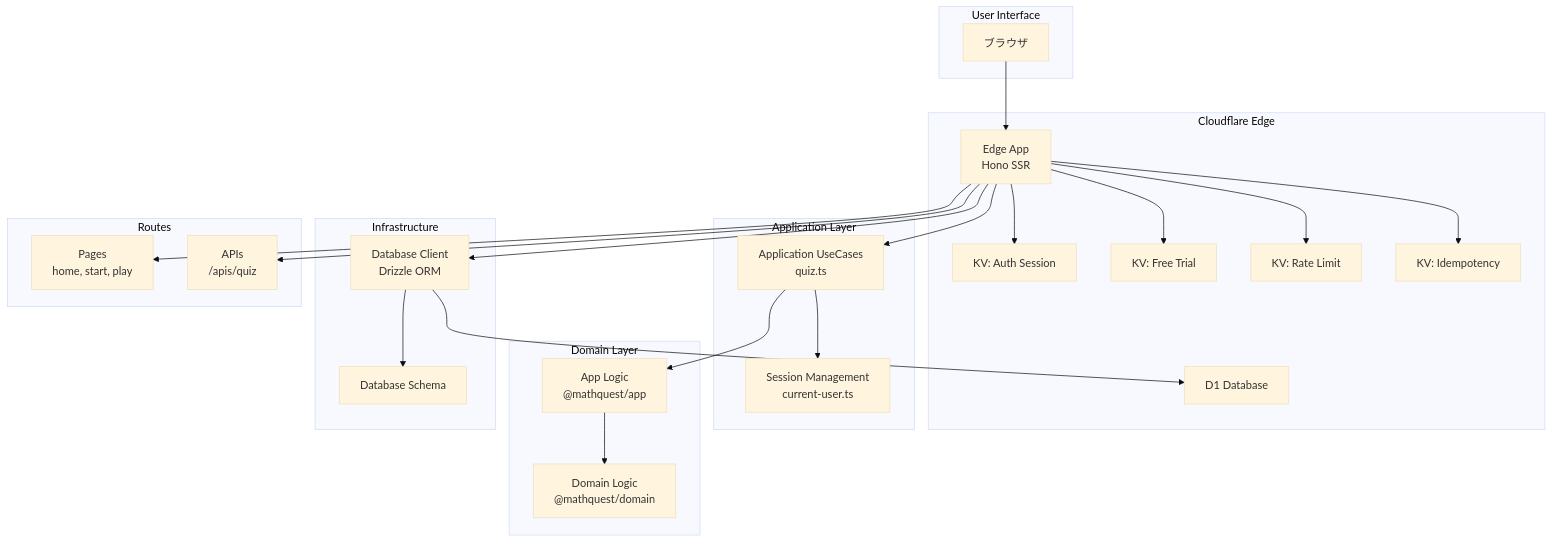
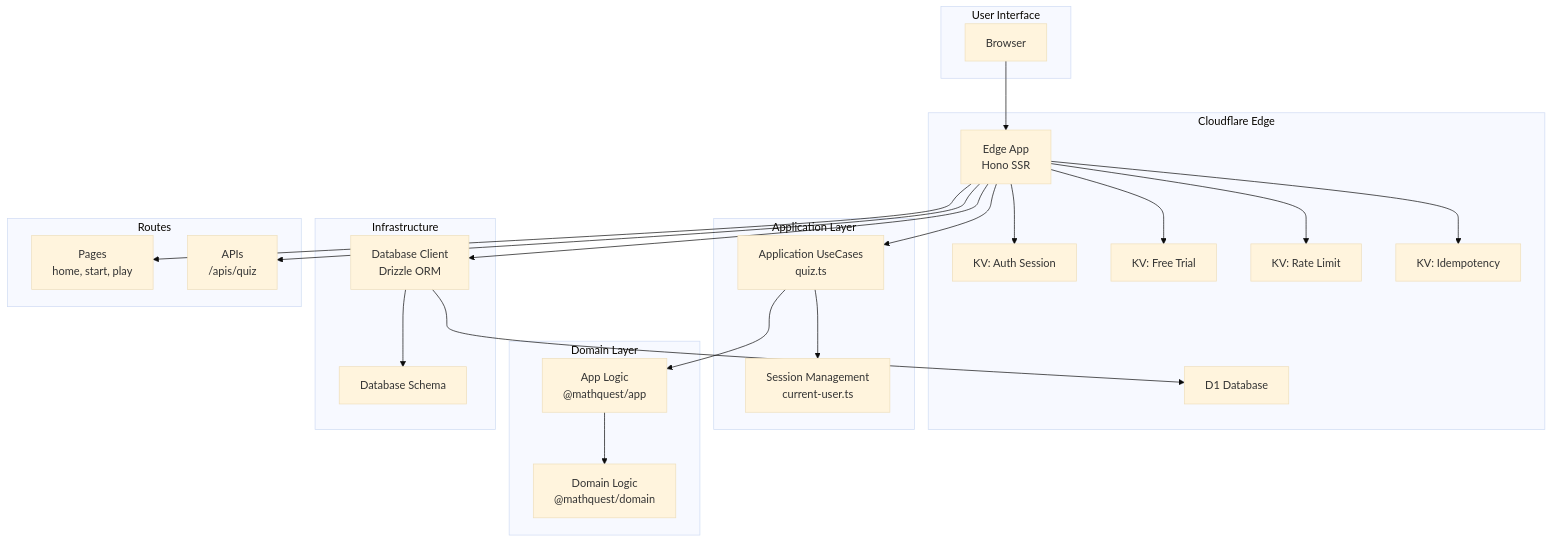
One commit to tqer39/mathquest changed the diagram in AGENTS.md. Above: the diagram before and after it, drawn with Mermaid (base theme). The commit also changed other lines of this file and 22 other files, not shown here.

````diff
--- a/AGENTS.md
+++ b/AGENTS.md
@@ -29,50 +31,50 @@
 ```mermaid
 graph TB
     subgraph "User Interface"
-        Browser[ブラウザ]
+        Browser
     end
 
     subgraph "Cloudflare Edge"
         EdgeApp[Edge App<br/>Hono SSR]
         KV_Session[KV: Auth Session]
         KV_Trial[KV: Free Trial]
         KV_Rate[KV: Rate Limit]
         KV_Idempotency[KV: Idempotency]
         D1[D1 Database]
     end
 
     subgraph "Application Layer"
         UseCases[Application UseCases<br/>quiz.ts]
         Session[Session Management<br/>current-user.ts]
     end
 
     subgraph "Domain Layer"
         DomainLogic[Domain Logic<br/>@mathquest/domain]
         AppLogic[App Logic<br/>@mathquest/app]
     end
 
     subgraph "Infrastructure"
         Database[Database Client<br/>Drizzle ORM]
         Schema[Database Schema]
     end
 
     subgraph "Routes"
         Pages[Pages<br/>home, start, play]
         APIs[APIs<br/>/apis/quiz]
     end
 
     Browser --> EdgeApp
     EdgeApp --> Pages
     EdgeApp --> APIs
     EdgeApp --> UseCases
     UseCases --> AppLogic
     UseCases --> Session
     AppLogic --> DomainLogic
     EdgeApp --> KV_Session
     EdgeApp --> KV_Trial
     EdgeApp --> KV_Rate
     EdgeApp --> KV_Idempotency
     EdgeApp --> Database
     Database --> D1
     Database --> Schema
 ```
````
